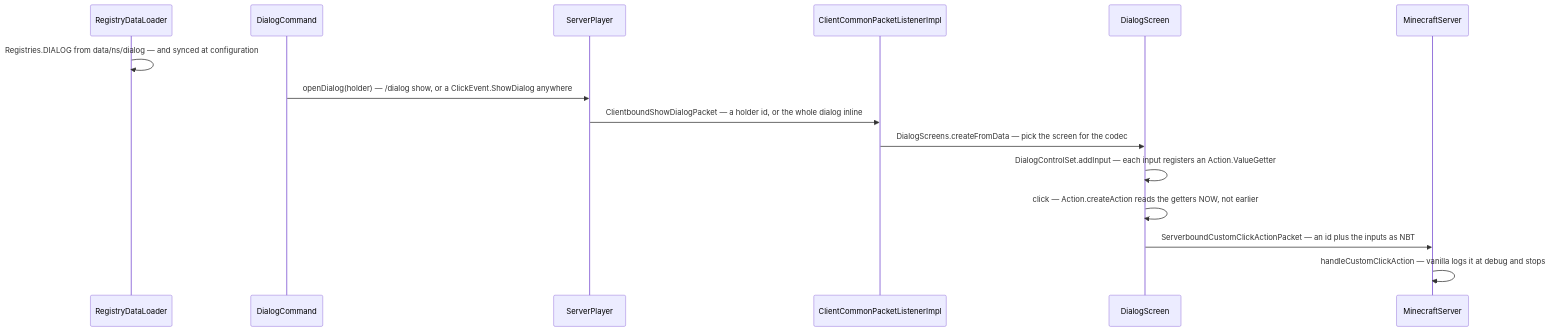
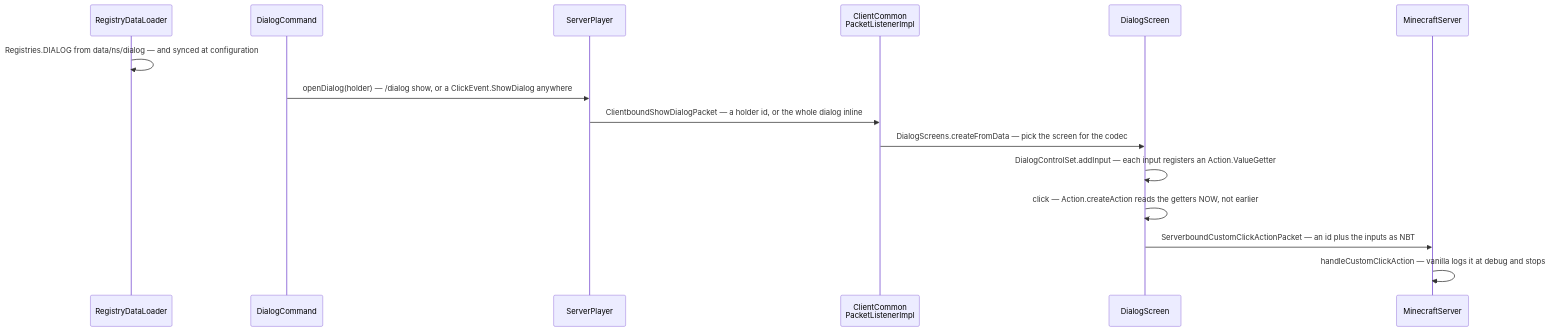
One commit to AlexanderjFraser/MinecraftDocs changed the diagram in src/systems/commands/dialogs.md. Above: the diagram before and after it, drawn with Mermaid. The commit also changed 68 other files, not shown here.

````diff
--- a/src/systems/commands/dialogs.md
+++ b/src/systems/commands/dialogs.md
@@ -64,18 +64,18 @@
 ```mermaid
 sequenceDiagram
     participant RDL as RegistryDataLoader
     participant DlgC as DialogCommand
     participant SP as ServerPlayer
-    participant CComPL as ClientCommonPacketListenerImpl
+    participant CComPL as ClientCommon<br/>PacketListenerImpl
     participant DlgS as DialogScreen
     participant MS as MinecraftServer
 
     RDL->>RDL: Registries.DIALOG from data/ns/dialog — and synced at configuration
     DlgC->>SP: openDialog(holder) — /dialog show, or a ClickEvent.ShowDialog anywhere
     SP->>CComPL: ClientboundShowDialogPacket — a holder id, or the whole dialog inline
     CComPL->>DlgS: DialogScreens.createFromData — pick the screen for the codec
     DlgS->>DlgS: DialogControlSet.addInput — each input registers an Action.ValueGetter
     DlgS->>DlgS: click — Action.createAction reads the getters NOW, not earlier
     DlgS->>MS: ServerboundCustomClickActionPacket — an id plus the inputs as NBT
     MS->>MS: handleCustomClickAction — vanilla logs it at debug and stops
 ```
````
